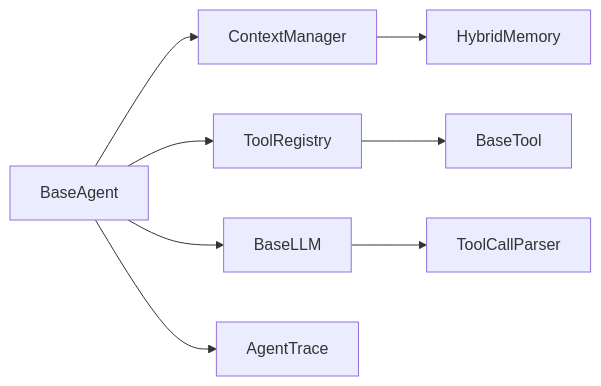
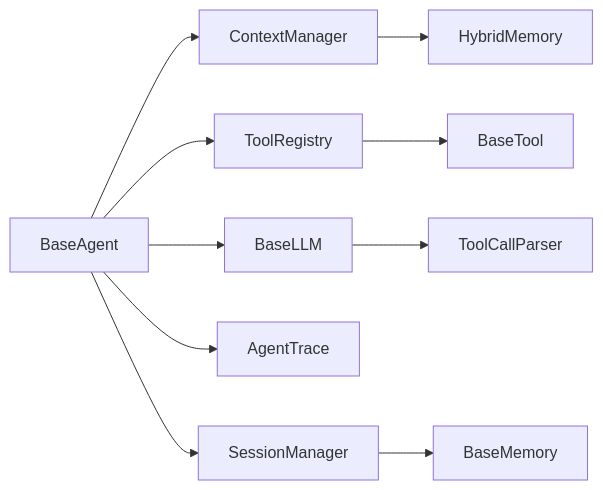
Before and after one commit to 1996Paul-Wen/HarnessAIDemo: the fourth of 4 diagrams in .qoder/repowiki/en/content/Core Architecture/Agent System/Base Agent.md, drawn with Mermaid. The commit also changed other lines of this file and 4 other files, not shown here.

````diff
--- a/.qoder/repowiki/en/content/Core Architecture/Agent System/Base Agent.md
+++ b/.qoder/repowiki/en/content/Core Architecture/Agent System/Base Agent.md
@@ -309,10 +391,12 @@
 ```mermaid
 graph LR
 BaseAgent["BaseAgent"] --> ContextManager["ContextManager"]
 BaseAgent --> ToolRegistry["ToolRegistry"]
 BaseAgent --> BaseLLM["BaseLLM"]
 BaseAgent --> AgentTrace["AgentTrace"]
+BaseAgent --> SessionManager["SessionManager"]
 ContextManager --> HybridMemory["HybridMemory"]
 ToolRegistry --> BaseTool["BaseTool"]
 BaseLLM --> ToolCallParser["ToolCallParser"]
+SessionManager --> BaseMemory["BaseMemory"]
 ```
````
